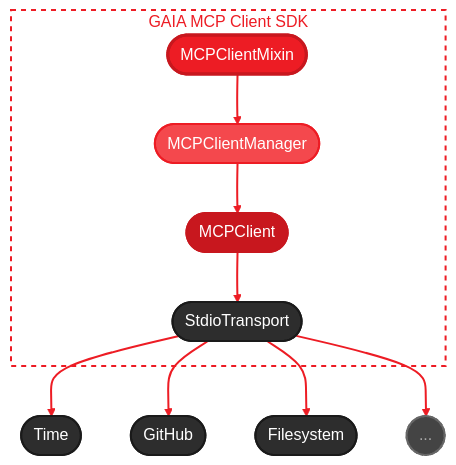
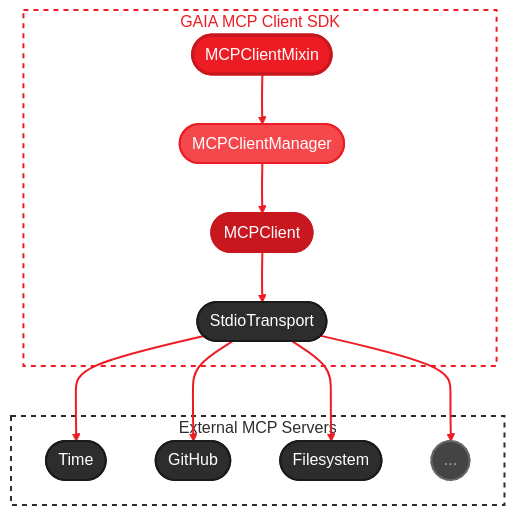
One commit to amd/gaia changed the first of 2 diagrams in docs/spec/mcp-client.mdx. Above: the diagram before and after it, drawn with Mermaid. The commit also changed 1 other file, not shown here.

Commit message:
docs: enhance flowcharts in MCP client documentation for clarity and structure

````diff
--- a/docs/spec/mcp-client.mdx
+++ b/docs/spec/mcp-client.mdx
@@ -44,30 +44,38 @@
 ```mermaid
 %%{init: {'theme':'base', 'themeVariables': { 'primaryColor':'#ED1C24', 'primaryTextColor':'#fff', 'primaryBorderColor':'#C8171E', 'lineColor':'#ED1C24', 'secondaryColor':'#2d2d2d', 'tertiaryColor':'#f5f5f5', 'fontFamily': 'system-ui, -apple-system, sans-serif'}, 'flowchart': {'curve': 'basis'}}}%%
 flowchart TB
     subgraph GA ["GAIA MCP Client SDK"]
         Mixin(["MCPClientMixin"])
         Manager(["MCPClientManager"])
         Client(["MCPClient"])
         Transport(["StdioTransport"])
     end
 
+    subgraph ExtServers ["External MCP Servers"]
+        Time(["Time"])
+        GitHub(["GitHub"])
+        FS(["Filesystem"])
+        More(["..."])
+    end
+
     Mixin --> Manager
     Manager --> Client
     Client --> Transport
-    Transport --> Time(["Time"])
-    Transport --> GitHub(["GitHub"])
-    Transport --> FS(["Filesystem"])
-    Transport --> More(["..."])
+    Transport --> Time
+    Transport --> GitHub
+    Transport --> FS
+    Transport --> More
 
     style Mixin fill:#ED1C24,stroke:#C8171E,stroke-width:3px,color:#fff
     style Manager fill:#F4484D,stroke:#ED1C24,stroke-width:2px,color:#fff
     style Client fill:#C8171E,stroke:#C8171E,stroke-width:2px,color:#fff
     style Transport fill:#2d2d2d,stroke:#1a1a1a,stroke-width:2px,color:#fff
     style Time fill:#2d2d2d,stroke:#1a1a1a,stroke-width:2px,color:#fff
     style GitHub fill:#2d2d2d,stroke:#1a1a1a,stroke-width:2px,color:#fff
     style FS fill:#2d2d2d,stroke:#1a1a1a,stroke-width:2px,color:#fff
     style More fill:#444,stroke:#666,stroke-width:2px,color:#aaa,stroke-dasharray:3
     style GA fill:none,stroke:#ED1C24,stroke-width:2px,stroke-dasharray:5,color:#ED1C24
+    style ExtServers fill:none,stroke:#2d2d2d,stroke-width:2px,stroke-dasharray:5,color:#2d2d2d
 
     linkStyle default stroke:#ED1C24,stroke-width:2px
 ```
````
